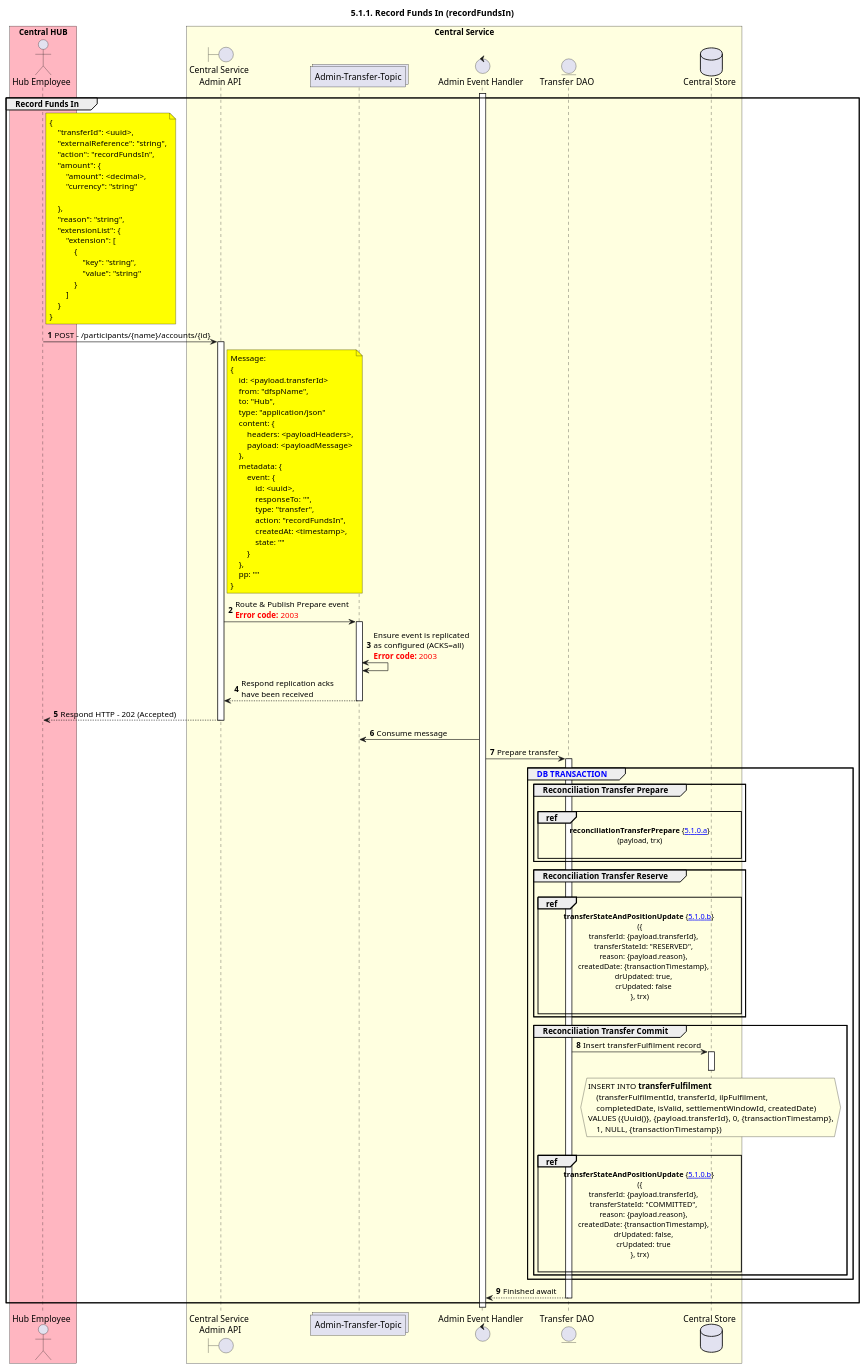
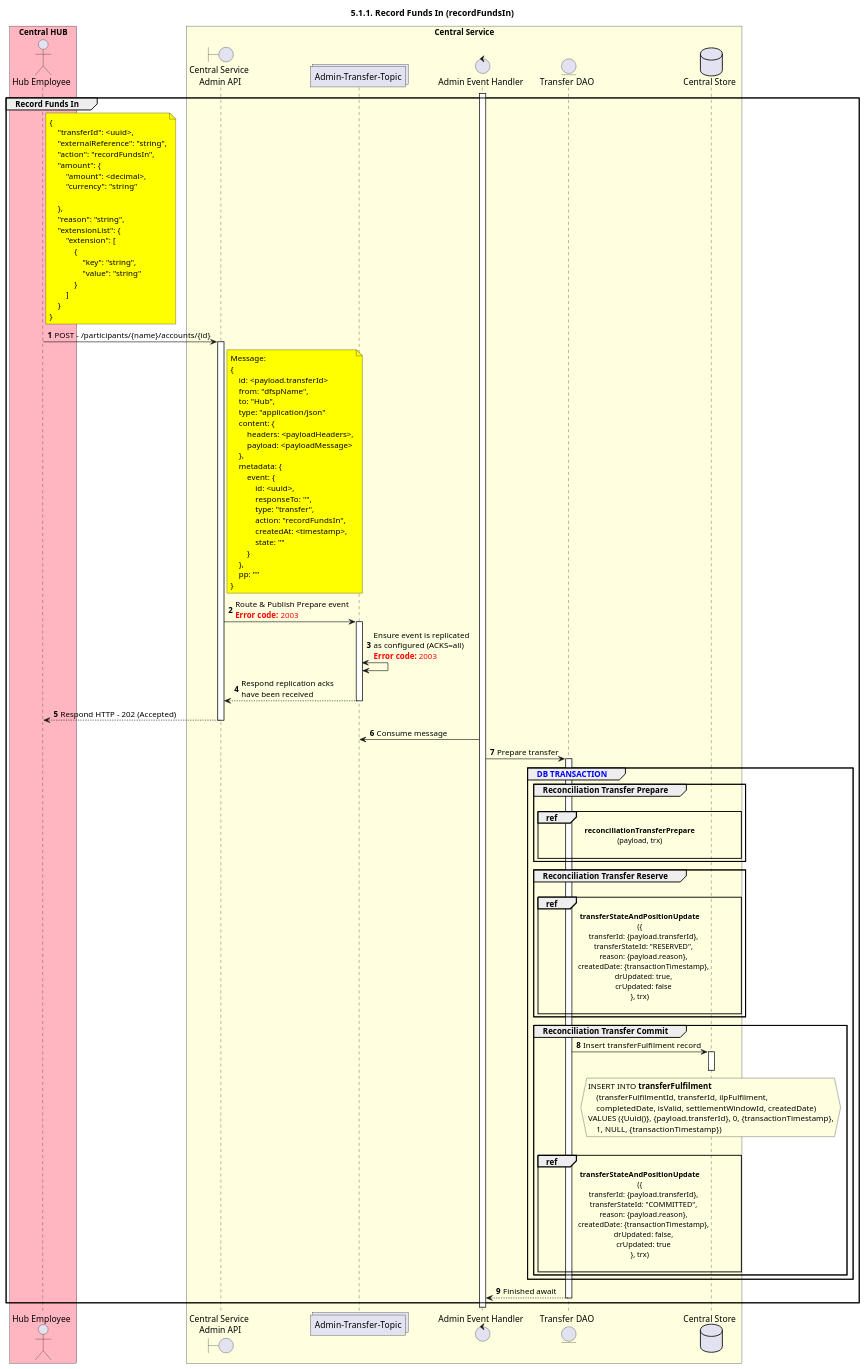
The diagram in mojaloop-technical-overview/central-settlements/funds-in-out/assets/diagrams/sequence/seq-recfunds-5.1.1-in.plantuml (mojaloop/documentation), drawn with PlantUML before and after one commit. The commit also changed 23 other files, not shown here.

```diff
--- a/mojaloop-technical-overview/central-settlements/funds-in-out/assets/diagrams/sequence/seq-recfunds-5.1.1-in.plantuml
+++ b/mojaloop-technical-overview/central-settlements/funds-in-out/assets/diagrams/sequence/seq-recfunds-5.1.1-in.plantuml
@@ -25,126 +25,126 @@
 @startuml
 ' declate title
 title 5.1.1. Record Funds In (recordFundsIn)
 
 autonumber
 
 ' Actor Keys:
 '   boundary - APIs/Interfaces, etc
 '   collections - Kafka Topics
 '   control - Kafka Consumers
 '   entity - Database Access Objects
 '   database - Database Persistance Store
 
 ' declare actors
 actor "Hub Employee" as OPERATOR
 boundary "Central Service\n Admin API" as CS_ADMIN_API
 collections "Admin-Transfer-Topic" as TOPIC_ADMIN_TRANSFER
 control "Admin Event Handler" as ADMIN_HANDLER
 entity "Transfer DAO" as TRANSFER_DAO
 database "Central Store" as DB
 
 box "Central HUB" #lightpink
     participant OPERATOR
 end box
 
 box "Central Service" #LightYellow
     participant CS_ADMIN_API
 	participant TOPIC_ADMIN_TRANSFER
     participant ADMIN_HANDLER
     participant TRANSFER_DAO
     participant DB
 end box
 
 ' start flow
 activate ADMIN_HANDLER
 group Record Funds In
     note right of OPERATOR #yellow
         {
             "transferId": <uuid>,
             "externalReference": "string",
             "action": "recordFundsIn",
             "amount": {
                 "amount": <decimal>,
                 "currency": "string"
 
             },
             "reason": "string",
             "extensionList": {
                 "extension": [
                     {
                         "key": "string",
                         "value": "string"
                     }
                 ]
             }
         }
     end note
     OPERATOR -> CS_ADMIN_API: POST - /participants/{name}/accounts/{id}
     activate CS_ADMIN_API
 
     note right of CS_ADMIN_API #yellow
         Message:
         {
             id: <payload.transferId>
             from: "dfspName",
             to: "Hub",
             type: "application/json"
             content: {
                 headers: <payloadHeaders>,
                 payload: <payloadMessage>
             },
             metadata: {
                 event: {
                     id: <uuid>,
                     responseTo: "",
                     type: "transfer",
                     action: "recordFundsIn",
                     createdAt: <timestamp>,
                     state: ""
                 }
             },
             pp: ""
         }
     end note
     CS_ADMIN_API -> TOPIC_ADMIN_TRANSFER: Route & Publish Prepare event\n<color #FF0000><b>Error code:</b> 2003</color>
     activate TOPIC_ADMIN_TRANSFER
     TOPIC_ADMIN_TRANSFER <-> TOPIC_ADMIN_TRANSFER: Ensure event is replicated\nas configured (ACKS=all)\n<color #FF0000><b>Error code:</b> 2003</color>
     TOPIC_ADMIN_TRANSFER --> CS_ADMIN_API: Respond replication acks\nhave been received
     deactivate TOPIC_ADMIN_TRANSFER
     CS_ADMIN_API ---> OPERATOR: Respond HTTP - 202 (Accepted)
     deactivate CS_ADMIN_API
 
     TOPIC_ADMIN_TRANSFER <- ADMIN_HANDLER: Consume message
     ADMIN_HANDLER -> TRANSFER_DAO: Prepare transfer
     activate TRANSFER_DAO
     group <color #blue>DB TRANSACTION</color>
         group Reconciliation Transfer Prepare
             |||
-            ref over TRANSFER_DAO, DB:**reconciliationTransferPrepare** {[[https://github.com/mojaloop/docs/blob/master/Diagrams/SequenceDiagrams/seq-recfunds-5.1.0.a-reconciliationTransferPrepare.svg 5.1.0.a]]}\n(payload, trx)\n
+            ref over TRANSFER_DAO, DB:**reconciliationTransferPrepare**\n(payload, trx)\n
         end
 
         group Reconciliation Transfer Reserve
             |||
-            ref over TRANSFER_DAO, DB:**transferStateAndPositionUpdate** {[[https://github.com/mojaloop/docs/blob/master/Diagrams/SequenceDiagrams/seq-recfunds-5.1.0.b-transferStateAndPositionUpdate.svg 5.1.0.b]]} \n({\n    transferId: {payload.transferId},\n    transferStateId: "RESERVED",\n    reason: {payload.reason},\n    createdDate: {transactionTimestamp},\n    drUpdated: true,\n    crUpdated: false\n}, trx)\n
+            ref over TRANSFER_DAO, DB: **transferStateAndPositionUpdate**\n({\n    transferId: {payload.transferId},\n    transferStateId: "RESERVED",\n    reason: {payload.reason},\n    createdDate: {transactionTimestamp},\n    drUpdated: true,\n    crUpdated: false\n}, trx)\n
         end
 
         group Reconciliation Transfer Commit
             TRANSFER_DAO -> DB: Insert transferFulfilment record
             activate DB
             deactivate DB
             hnote over DB #lightyellow
                 INSERT INTO **transferFulfilment**
                     (transferFulfilmentId, transferId, ilpFulfilment,
                     completedDate, isValid, settlementWindowId, createdDate)
                 VALUES ({Uuid()}, {payload.transferId}, 0, {transactionTimestamp},
                     1, NULL, {transactionTimestamp})
             end hnote
             |||
-            ref over TRANSFER_DAO, DB:**transferStateAndPositionUpdate** {[[https://github.com/mojaloop/docs/blob/master/Diagrams/SequenceDiagrams/seq-recfunds-5.1.0.b-transferStateAndPositionUpdate.svg 5.1.0.b]]} \n({\n    transferId: {payload.transferId},\n    transferStateId: "COMMITTED",\n    reason: {payload.reason},\n    createdDate: {transactionTimestamp},\n    drUpdated: false,\n    crUpdated: true\n}, trx)\n
+            ref over TRANSFER_DAO, DB:**transferStateAndPositionUpdate**\n({\n    transferId: {payload.transferId},\n    transferStateId: "COMMITTED",\n    reason: {payload.reason},\n    createdDate: {transactionTimestamp},\n    drUpdated: false,\n    crUpdated: true\n}, trx)\n
         end
     end
     ADMIN_HANDLER <-- TRANSFER_DAO: Finished await
     deactivate TRANSFER_DAO
 end
 deactivate ADMIN_HANDLER
 @enduml
```
